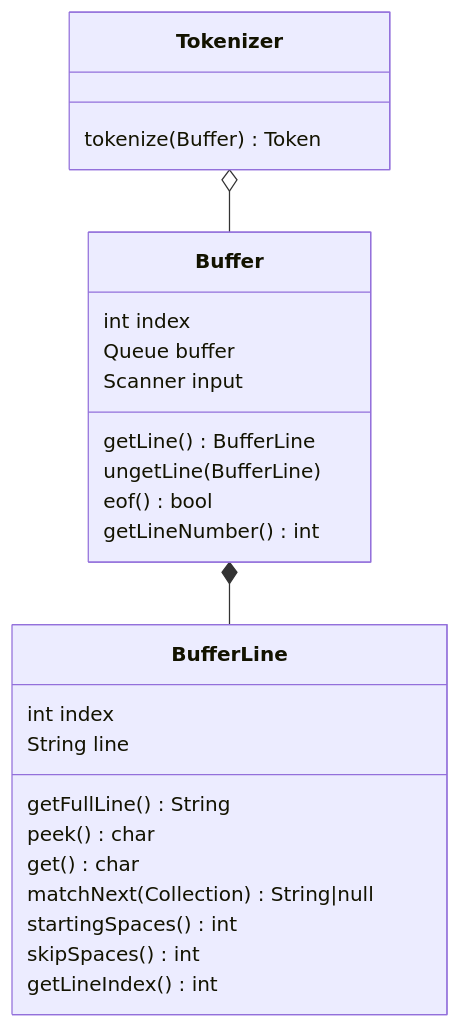
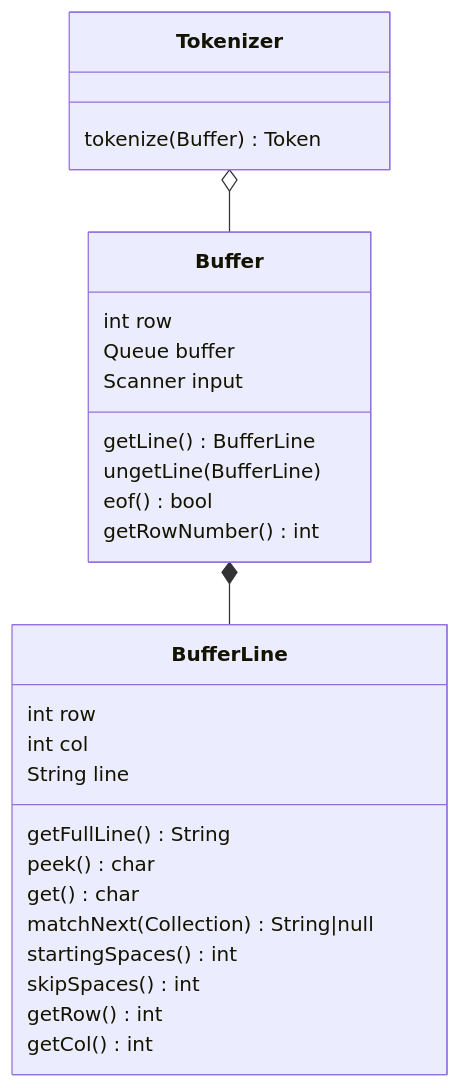
The first of 8 diagrams in Implementation.md (Jzhyang1/Monomer), drawn with Mermaid before and after one commit. The commit also changed other lines of this file, not shown here.

````diff
--- a/Implementation.md
+++ b/Implementation.md
@@ -58,25 +58,27 @@
 ```mermaid
 classDiagram
 Tokenizer o-- Buffer
 Buffer *-- BufferLine
 
 Tokenizer: tokenize(Buffer) Token
 
-Buffer: int index
+Buffer: int row
 Buffer: Queue buffer
 Buffer: Scanner input
 Buffer: getLine() BufferLine
 Buffer: ungetLine(BufferLine)
 Buffer: eof() bool
-Buffer: getLineNumber() int
+Buffer: getRowNumber() int
 
-BufferLine: int index
+BufferLine: int row
+BufferLine: int col
 BufferLine: String line
 BufferLine: getFullLine() String
 BufferLine: peek() char
 BufferLine: get() char
 BufferLine: matchNext(Collection<String>) String|null
 BufferLine: startingSpaces() int
 BufferLine: skipSpaces() int
-BufferLine: getLineIndex() int
+BufferLine: getRow() int
+BufferLine: getCol() int
 ```
````
